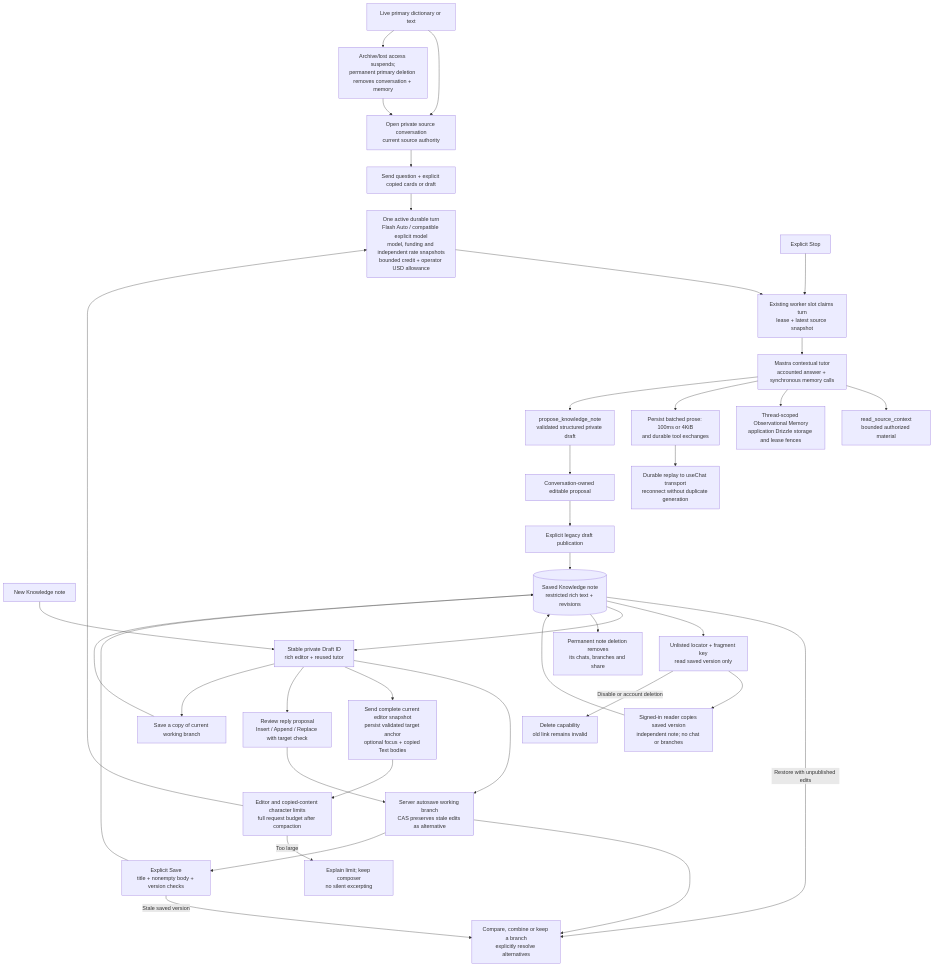
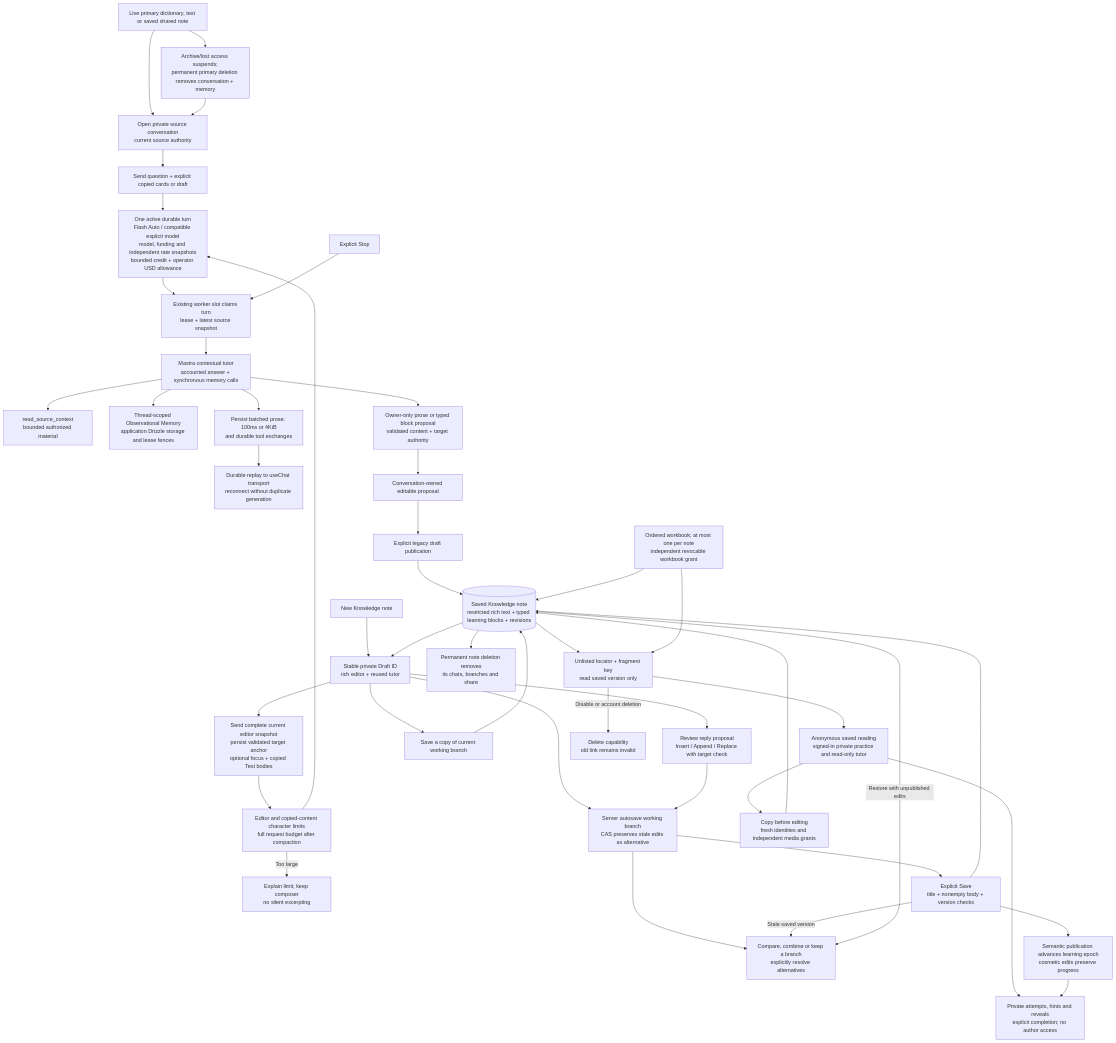
The diagram in docs/diagrams/conversations-and-knowledge.md (nickotov/languon-platform), drawn with Mermaid before and after one commit. The commit also changed other lines of this file and 620 other files, not shown here.

First line of the commit message:
Implement interactive workbook foundation and fix chat execution

````diff
--- a/docs/diagrams/conversations-and-knowledge.md
+++ b/docs/diagrams/conversations-and-knowledge.md
@@ -52,62 +60,71 @@
 ```mermaid
 flowchart TB
-    Source["Live primary dictionary or text"] --> Open["Open private source conversation
+    Source["Live primary dictionary, text or saved shared note"] --> Open["Open private source conversation
 current source authority"]
     Open --> Send["Send question + explicit copied cards or draft"]
     New["New Knowledge note"] --> Workspace["Stable private Draft ID
 rich editor + reused tutor"]
     Workspace --> Auto["Server autosave working branch
 CAS preserves stale edits as alternative"]
     Auto --> Resolve["Compare, combine or keep a branch
 explicitly resolve alternatives"]
     Workspace --> WSend["Send complete current editor snapshot
 persist validated target anchor
 optional focus + copied Text bodies"]
     WSend --> Limit["Editor and copied-content character limits
 full request budget after compaction"]
     Limit -->|"Too large"| Reject["Explain limit; keep composer
 no silent excerpting"]
     Limit --> Admission
     Send --> Admission["One active durable turn
 Flash Auto / compatible explicit model
 model, funding and independent rate snapshots
 bounded credit + operator USD allowance"]
     Admission --> Worker["Existing worker slot claims turn
 lease + latest source snapshot"]
     Worker --> Tutor["Mastra contextual tutor
 accounted answer + synchronous memory calls"]
     Tutor --> Read["read_source_context
 bounded authorized material"]
     Tutor --> Memory["Thread-scoped Observational Memory
 application Drizzle storage and lease fences"]
     Tutor --> Reply["Persist batched prose: 100ms or 4KiB
 and durable tool exchanges"] --> Replay["Durable replay to useChat transport
 reconnect without duplicate generation"]
-    Tutor --> Propose["propose_knowledge_note
-validated structured private draft"]
+    Tutor --> Propose["Owner-only prose or typed block proposal
+validated content + target authority"]
     Propose --> Review["Conversation-owned editable proposal"]
     Review --> Publish["Explicit legacy draft publication"]
     Workspace --> Apply["Review reply proposal
 Insert / Append / Replace with target check"] --> Auto
     Auto --> Save["Explicit Save
 title + nonempty body + version checks"]
     Publish --> Note[("Saved Knowledge note
-restricted rich text + revisions")]
+restricted rich text + typed learning blocks + revisions")]
     Save --> Note
     Save -->|"Stale saved version"| Resolve
     Note -->|"Restore with unpublished edits"| Resolve
     Workspace --> Copy["Save a copy of current working branch"] --> Note
     Note --> Share["Unlisted locator + fragment key
 read saved version only"]
-    Share --> Reader["Signed-in reader copies saved version
-independent note; no chat or branches"] --> Note
+    Share --> Reader["Anonymous saved reading
+signed-in private practice and read-only tutor"]
+    Reader --> Independent["Copy before editing
+fresh identities and independent media grants"] --> Note
+    Workbook["Ordered workbook; at most one per note
+independent revocable workbook grant"] --> Share
+    Workbook --> Note
+    Reader --> Learning["Private attempts, hints and reveals
+explicit completion; no author access"]
+    Save --> Epoch["Semantic publication advances learning epoch
+cosmetic edits preserve progress"] --> Learning
     Share -->|"Disable or account deletion"| Revoke["Delete capability
 old link remains invalid"]
     Note --> Workspace
     Note --> NoteDelete["Permanent note deletion removes
 its chats, branches and share"]
     Stop["Explicit Stop"] --> Worker
     Source --> Lifecycle["Archive/lost access suspends;
 permanent primary deletion removes conversation + memory"]
     Lifecycle --> Open
 ```
````
